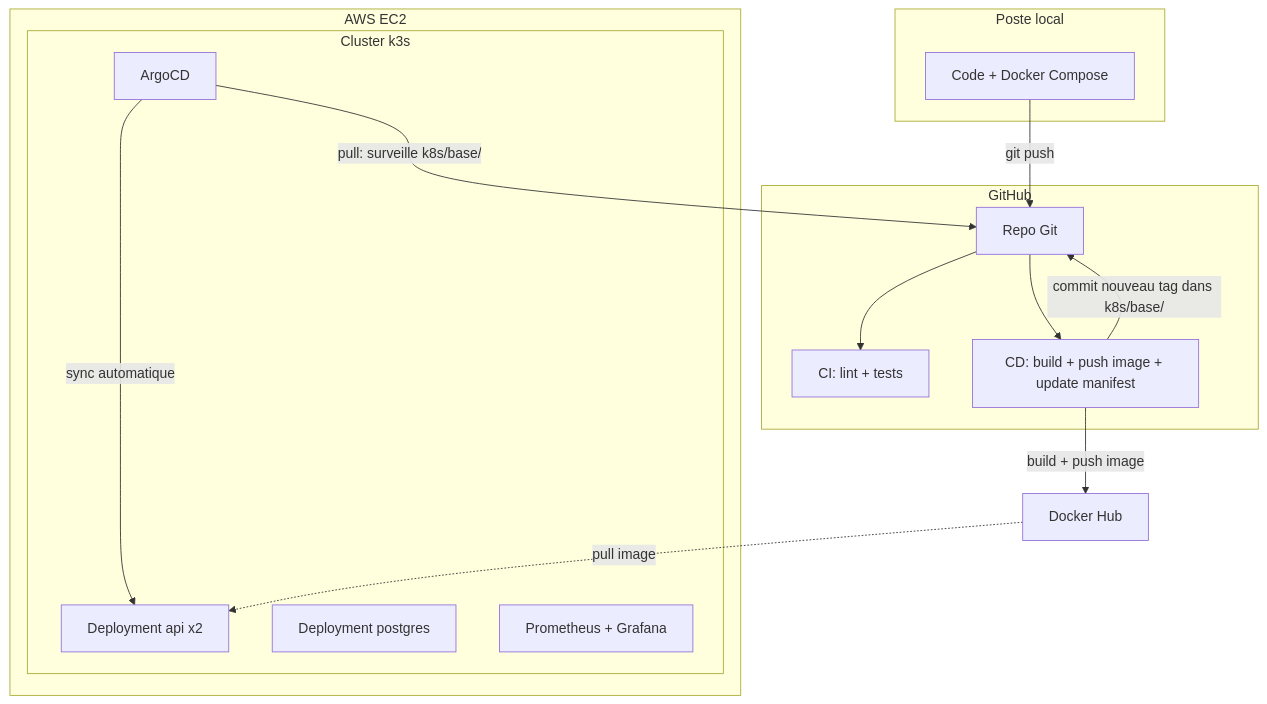
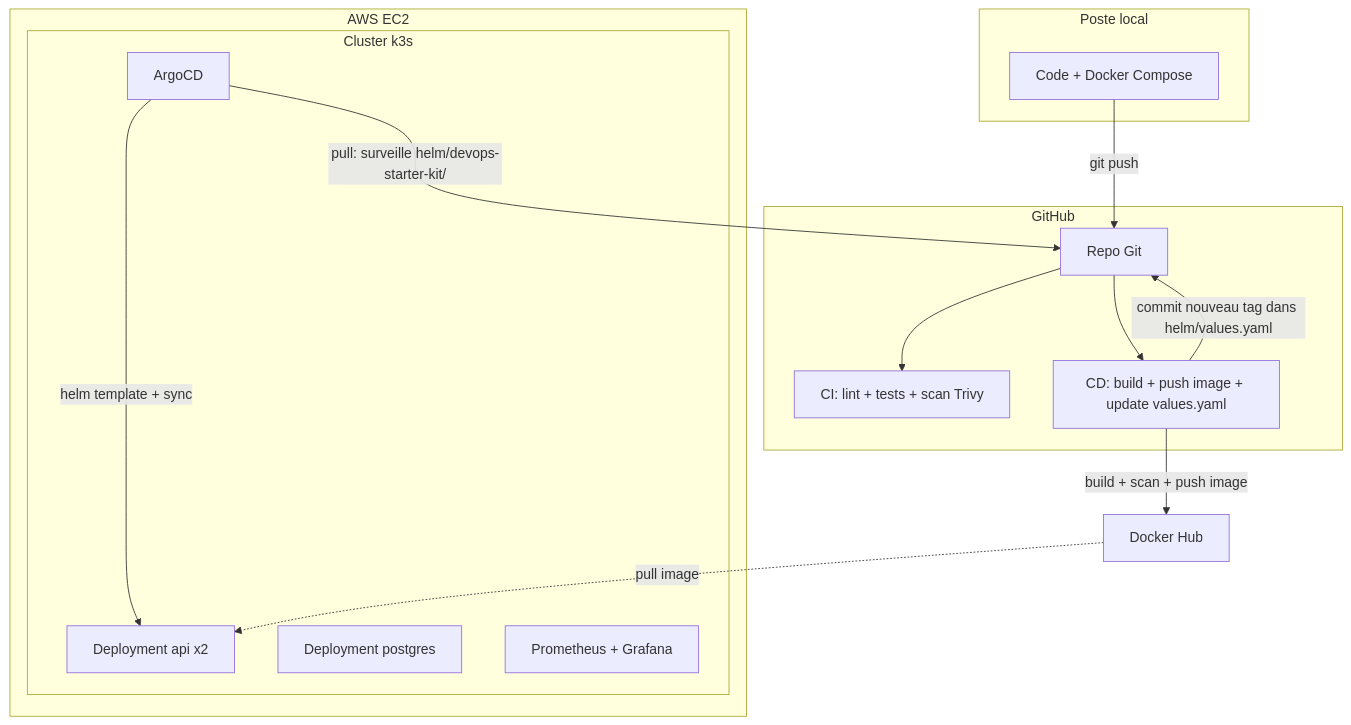
Before and after one commit to MT-DAKT/devops-starter-kit: the diagram in docs/ARCHITECTURE.md, drawn with Mermaid. The commit also changed other lines of this file and 2 other files, not shown here.

Commit message:
docs: met à jour architecture/deploy/README pour Helm et Trivy

````diff
--- a/docs/ARCHITECTURE.md
+++ b/docs/ARCHITECTURE.md
@@ -5,29 +5,29 @@
 ```mermaid
 flowchart TB
     subgraph Local["Poste local"]
         Dev[Code + Docker Compose]
     end
     subgraph GH["GitHub"]
         Repo[Repo Git]
-        CI[CI: lint + tests]
-        CD[CD: build + push image + update manifest]
+        CI[CI: lint + tests + scan Trivy]
+        CD[CD: build + push image + update values.yaml]
     end
     subgraph AWS["AWS EC2"]
         subgraph K3s["Cluster k3s"]
             Argo[ArgoCD]
             API[Deployment api x2]
             PG[Deployment postgres]
             Mon[Prometheus + Grafana]
         end
     end
     Hub[Docker Hub]
 
     Dev -->|git push| Repo
     Repo --> CI
     Repo --> CD
-    CD -->|build + push image| Hub
-    CD -->|commit nouveau tag dans k8s/base/| Repo
-    Argo -->|pull: surveille k8s/base/| Repo
-    Argo -->|sync automatique| API
+    CD -->|build + scan + push image| Hub
+    CD -->|commit nouveau tag dans helm/values.yaml| Repo
+    Argo -->|pull: surveille helm/devops-starter-kit/| Repo
+    Argo -->|helm template + sync| API
     Hub -.pull image.-> API
 ```
````
